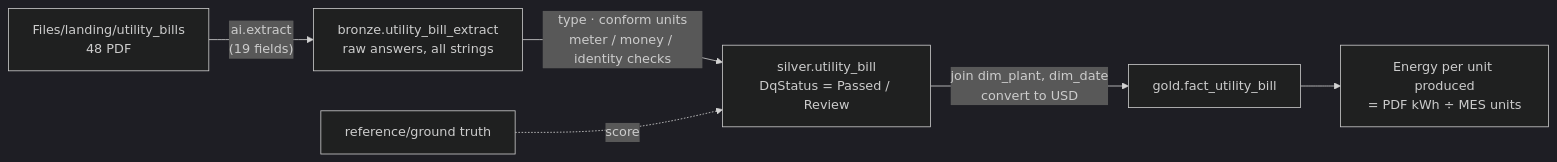
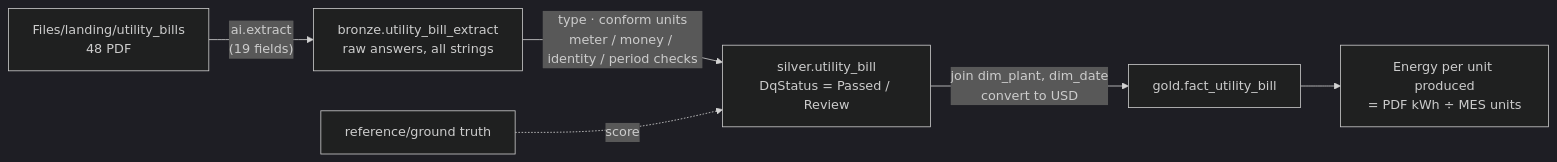
Before and after one commit to stellistic/astar-workshop-011026: the diagram in lab06-unstructured-ai/README.md, drawn with Mermaid (dark theme). The commit also changed other lines of this file and 58 other files, not shown here.

````diff
--- a/lab06-unstructured-ai/README.md
+++ b/lab06-unstructured-ai/README.md
@@ -23,8 +23,8 @@
 ```mermaid
 flowchart LR
   PDF["Files/landing/utility_bills<br/>48 PDF"] -->|"ai.extract<br/>(19 fields)"| BR["bronze.utility_bill_extract<br/>raw answers, all strings"]
-  BR -->|"type · conform units<br/>meter / money / identity checks"| SV["silver.utility_bill<br/>DqStatus = Passed / Review"]
+  BR -->|"type · conform units<br/>meter / money / identity / period checks"| SV["silver.utility_bill<br/>DqStatus = Passed / Review"]
   SV -->|"join dim_plant, dim_date<br/>convert to USD"| GD["gold.fact_utility_bill"]
   GT["reference/ground truth"] -. score .-> SV
   GD --> KPI["Energy per unit produced<br/>= PDF kWh ÷ MES units"]
 ```
````
